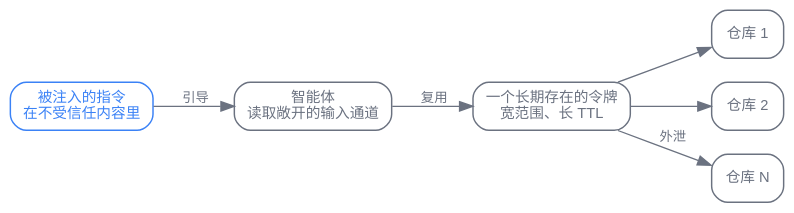
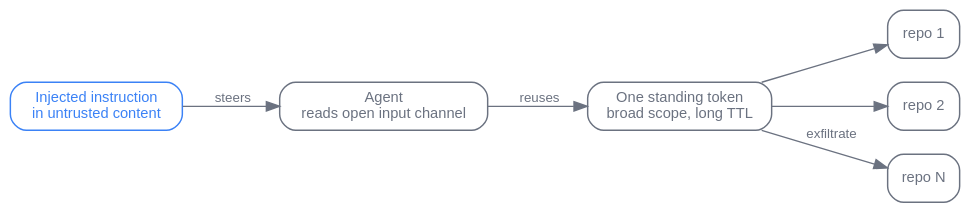
Before and after one commit to latere-ai/ai-as-an-infrastructure: the first of 3 diagrams in zh/p8-safety/34-security-authorization.qmd, drawn with Graphviz. The commit also changed other lines of this file and 106 other files, not shown here.

````diff
--- a/zh/p8-safety/34-security-authorization.qmd
+++ b/zh/p8-safety/34-security-authorization.qmd
@@ -28,24 +13,24 @@
 ```{dot}
 //| label: fig-security-ambient-fanout
 //| fig-cap: "环境授权：一条被注入的指令继承了一个长期存在令牌的整个范围，于是爆炸半径就是该凭证所覆盖的每个资源的并集。参照 Invariant Labs 对 GitHub MCP 的披露（2025）。"
 digraph fanout {
   bgcolor="transparent";
   rankdir=LR;
   node [shape=box, fontname="Helvetica", fontsize=11, style="rounded", color="#6b7280", fontcolor="#6b7280", penwidth=1.1];
   edge [fontname="Helvetica", fontsize=10, color="#6b7280", fontcolor="#6b7280"];
 
-  inj  [label="被注入的指令\n在不受信任内容里", color="#3b82f6", fontcolor="#3b82f6"];
-  ag   [label="智能体\n读取敞开的输入通道"];
-  tok  [label="一个长期存在的令牌\n宽范围、长 TTL"];
+  inj  [label="Injected instruction\nin untrusted content", color="#3b82f6", fontcolor="#3b82f6"];
+  ag   [label="Agent\nreads open input channel"];
+  tok  [label="One standing token\nbroad scope, long TTL"];
 
-  r1 [label="仓库 1"];
-  r2 [label="仓库 2"];
-  rn [label="仓库 N"];
+  r1 [label="repo 1"];
+  r2 [label="repo 2"];
+  rn [label="repo N"];
 
-  inj -> ag [label="  引导"];
-  ag  -> tok [label="  复用"];
+  inj -> ag [label="  steers"];
+  ag  -> tok [label="  reuses"];
   tok -> r1;
   tok -> r2;
-  tok -> rn [label="  外泄"];
+  tok -> rn [label="  exfiltrate"];
 }
 ```
````
